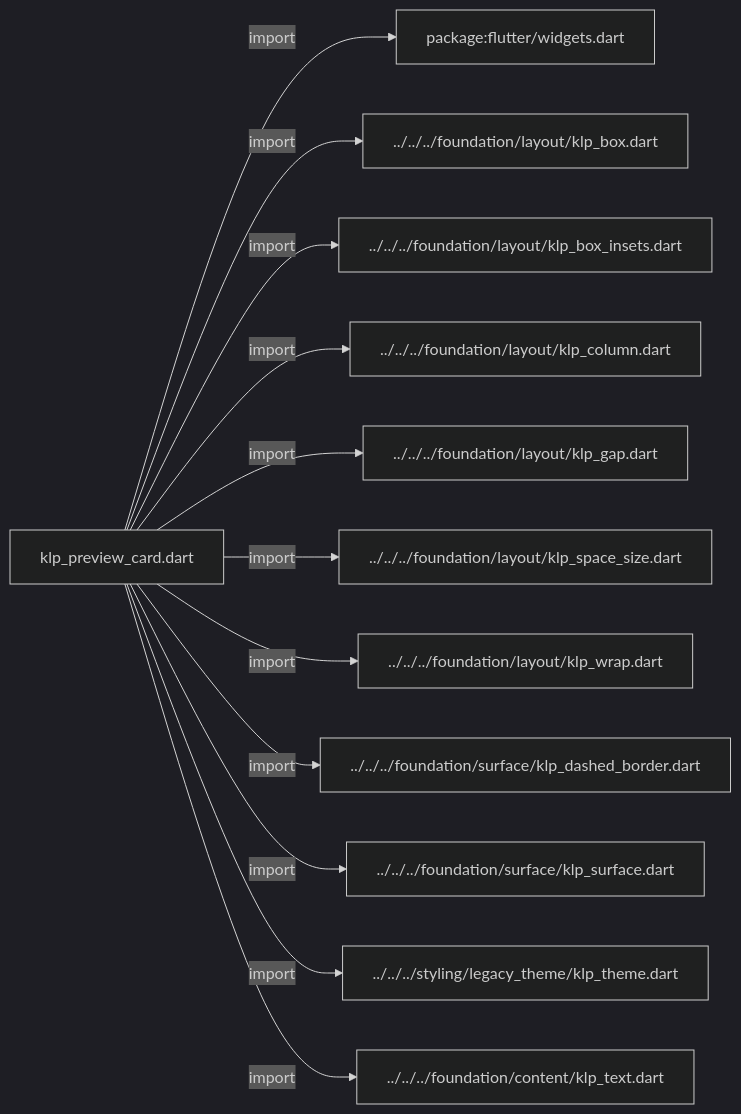
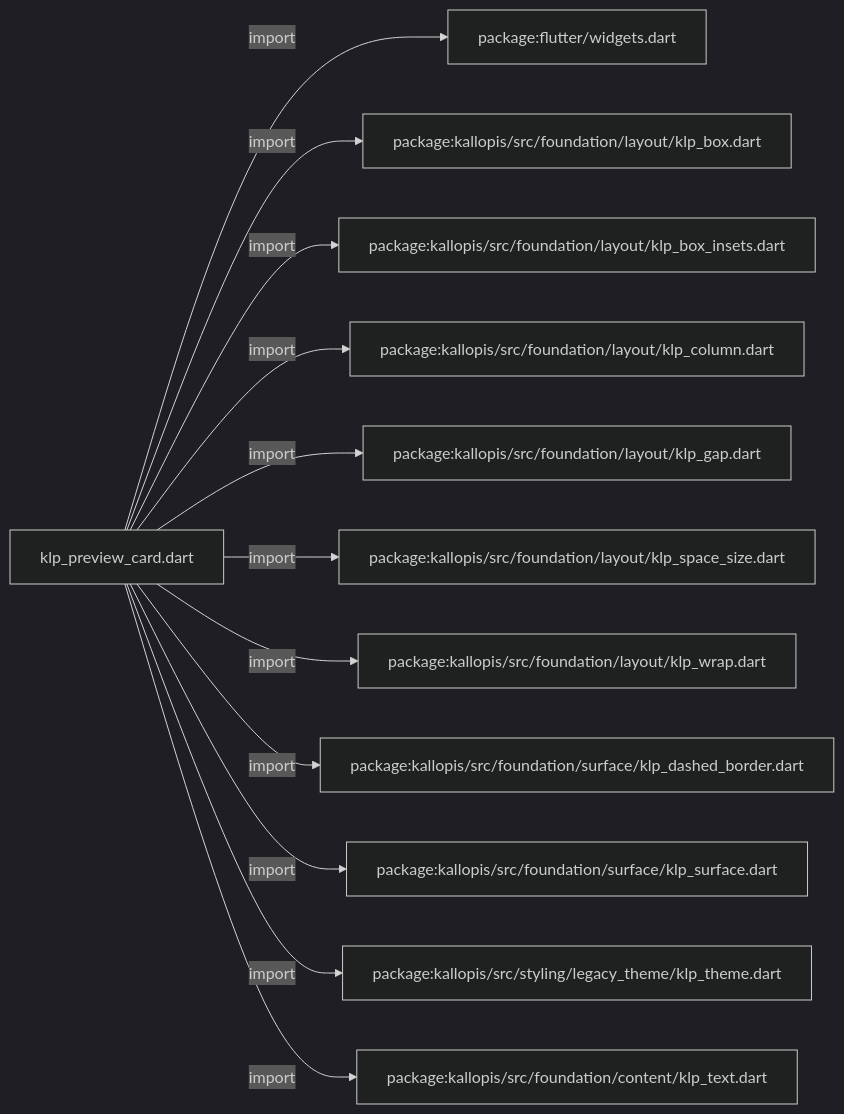
One commit to MiuDog/Kallopis changed the first of 2 diagrams in docs/architecture/src/features/collections/preview_card/klp_preview_card.md. Above: the diagram before and after it, drawn with Mermaid (dark theme). The commit also changed other lines of this file and 9688 other files, not shown here.

Commit message:
Prepare isolated Flow F2 peer baseline

````diff
--- a/docs/architecture/src/features/collections/preview_card/klp_preview_card.md
+++ b/docs/architecture/src/features/collections/preview_card/klp_preview_card.md
@@ -11,26 +11,26 @@
 ```mermaid
 flowchart LR
 	n0["klp_preview_card.dart"]
 	n1["package:flutter/widgets.dart"]
-	n2["../../../foundation/layout/klp_box.dart"]
-	n3["../../../foundation/layout/klp_box_insets.dart"]
-	n4["../../../foundation/layout/klp_column.dart"]
-	n5["../../../foundation/layout/klp_gap.dart"]
-	n6["../../../foundation/layout/klp_space_size.dart"]
-	n7["../../../foundation/layout/klp_wrap.dart"]
-	n8["../../../foundation/surface/klp_dashed_border.dart"]
-	n9["../../../foundation/surface/klp_surface.dart"]
-	n10["../../../styling/legacy_theme/klp_theme.dart"]
-	n11["../../../foundation/content/klp_text.dart"]
+	n2["package:kallopis/src/foundation/layout/klp_box.dart"]
+	n3["package:kallopis/src/foundation/layout/klp_box_insets.dart"]
+	n4["package:kallopis/src/foundation/layout/klp_column.dart"]
+	n5["package:kallopis/src/foundation/layout/klp_gap.dart"]
+	n6["package:kallopis/src/foundation/layout/klp_space_size.dart"]
+	n7["package:kallopis/src/foundation/layout/klp_wrap.dart"]
+	n8["package:kallopis/src/foundation/surface/klp_dashed_border.dart"]
+	n9["package:kallopis/src/foundation/surface/klp_surface.dart"]
+	n10["package:kallopis/src/styling/legacy_theme/klp_theme.dart"]
+	n11["package:kallopis/src/foundation/content/klp_text.dart"]
 	n0 -->|"import"| n1
 	n0 -->|"import"| n2
 	n0 -->|"import"| n3
 	n0 -->|"import"| n4
 	n0 -->|"import"| n5
 	n0 -->|"import"| n6
 	n0 -->|"import"| n7
 	n0 -->|"import"| n8
 	n0 -->|"import"| n9
 	n0 -->|"import"| n10
 	n0 -->|"import"| n11
 ```
````
